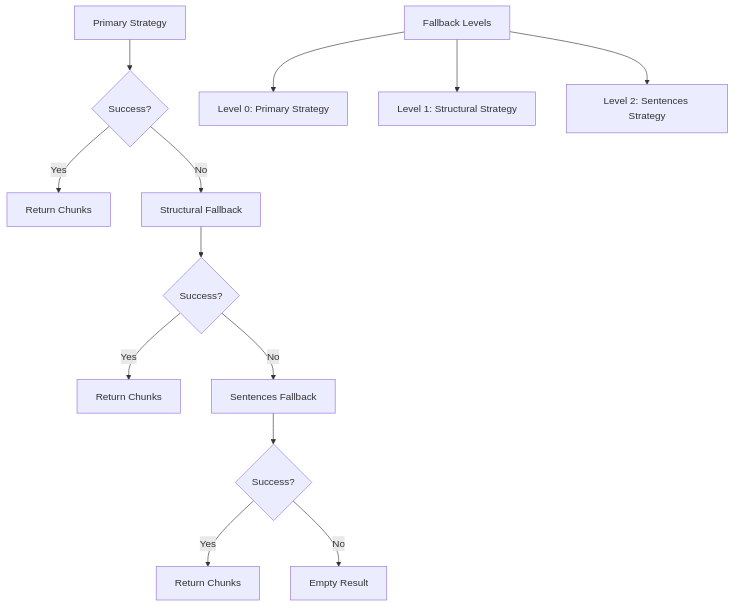
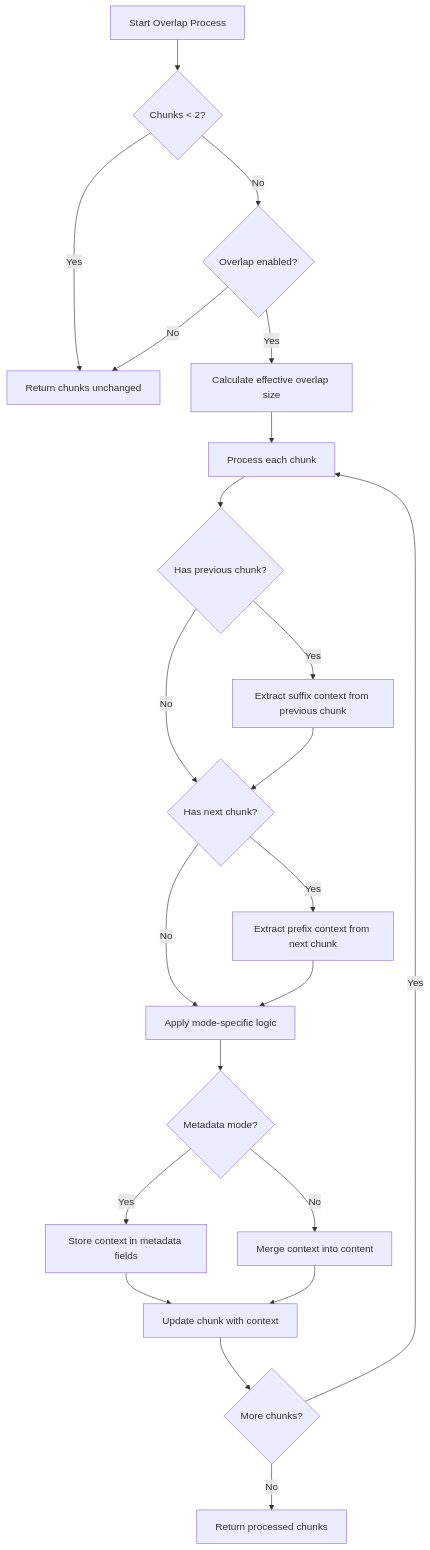
The first of 6 diagrams in .qoder/repowiki/en/content/Advanced Features/Advanced Features.md (asukhodko/dify-markdown-chunker), drawn with Mermaid before and after one commit. The commit also changed other lines of this file and 205 other files, not shown here.

````diff
--- a/.qoder/repowiki/en/content/Advanced Features/Advanced Features.md
+++ b/.qoder/repowiki/en/content/Advanced Features/Advanced Features.md
@@ -45,15 +36,24 @@
 ```mermaid
 flowchart TD
-A["Primary Strategy"] --> B{"Success?"}
-B --> |Yes| C["Return Chunks"]
-B --> |No| D["Structural Fallback"]
-D --> E{"Success?"}
-E --> |Yes| F["Return Chunks"]
-E --> |No| G["Sentences Fallback"]
-G --> H{"Success?"}
-H --> |Yes| I["Return Chunks"]
-H --> |No| J["Empty Result"]
-K["Fallback Levels"] --> L["Level 0: Primary Strategy"]
-K --> M["Level 1: Structural Strategy"]
-K --> N["Level 2: Sentences Strategy"]
+A[Start Overlap Process] --> B{Chunks < 2?}
+B --> |Yes| C[Return chunks unchanged]
+B --> |No| D{Overlap enabled?}
+D --> |No| C
+D --> |Yes| E[Calculate effective overlap size]
+E --> F[Process each chunk]
+F --> G{Has previous chunk?}
+G --> |Yes| H[Extract suffix context from previous chunk]
+G --> |No| I{Has next chunk?}
+H --> I
+I --> |Yes| J[Extract prefix context from next chunk]
+I --> |No| K[Apply mode-specific logic]
+J --> K
+K --> L{Metadata mode?}
+L --> |Yes| M[Store context in metadata fields]
+L --> |No| N[Merge context into content]
+M --> O[Update chunk with context]
+N --> O
+O --> P{More chunks?}
+P --> |Yes| F
+P --> |No| Q[Return processed chunks]
 ```
````
